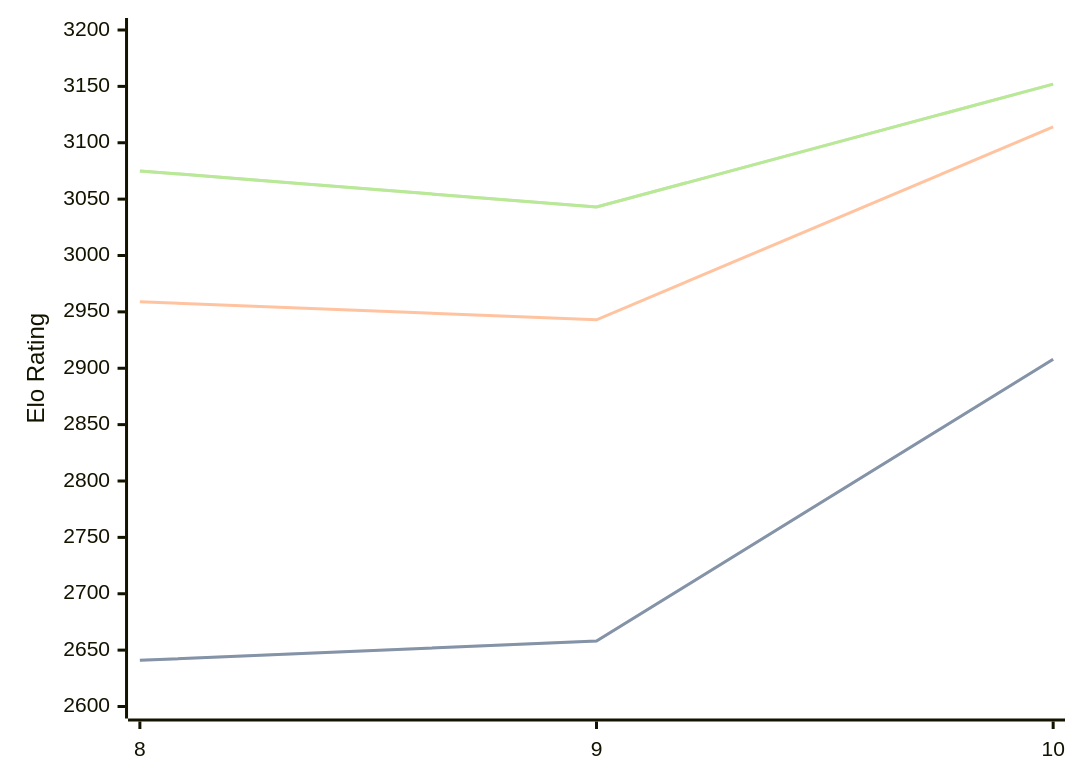
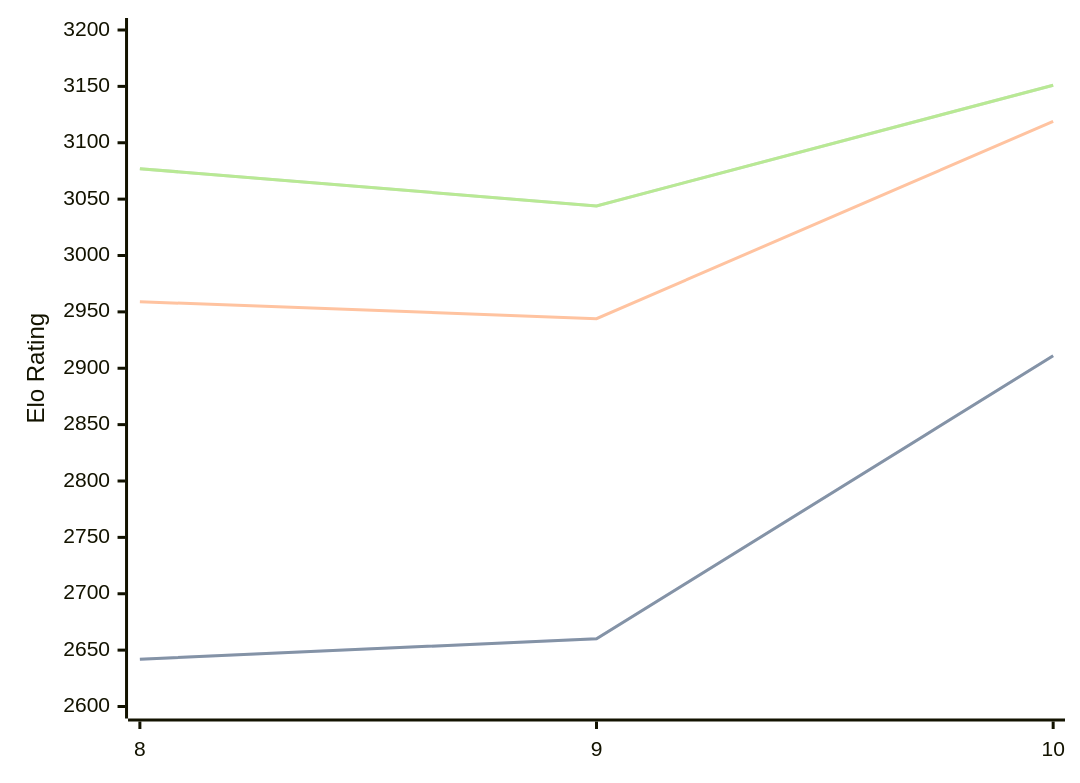
One commit to computer-chess-index/cci changed the diagram in engines/Lozza.md. Above: the diagram before and after it, drawn with Mermaid. The commit also changed other lines of this file, not shown here.

Commit message:
Update CCI Ratings (ELO VLTC) - 2026-02-21

````diff
--- a/engines/Lozza.md
+++ b/engines/Lozza.md
@@ -38,11 +38,11 @@
 ```mermaid
 %%{init: {"theme":"base","themeVariables":{"seriesColors:['#a3a3a3','#222221','#faa371']}}}%%
 xychart-beta
   x-axis ["8", "9", "10"]
   y-axis "Elo Rating" 2600 --> 3200
-  line "STC (8.0+0.08s)" [2641, 2658, 2908]
-  line "STC (8.0+0.08s)" [2641, 2658, 2908]
-  line "LTC (60.0+0.60s)" [2959, 2943, 3114]
-  line "VLTC (2m24s+1.12s)" [3075, 3043, 3152]
-  line "VLTC (2m24s+1.12s)" [3075, 3043, 3152]
+  line "STC (8.0+0.08s)" [2642, 2660, 2911]
+  line "STC (8.0+0.08s)" [2642, 2660, 2911]
+  line "LTC (60.0+0.60s)" [2959, 2944, 3119]
+  line "VLTC (2m24s+1.12s)" [3077, 3044, 3151]
+  line "VLTC (2m24s+1.12s)" [3077, 3044, 3151]
 ```
````
